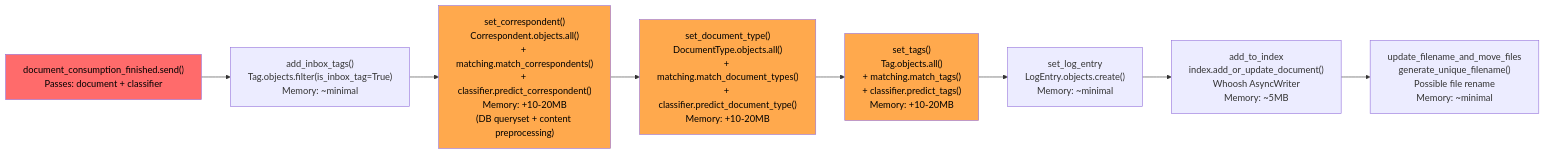
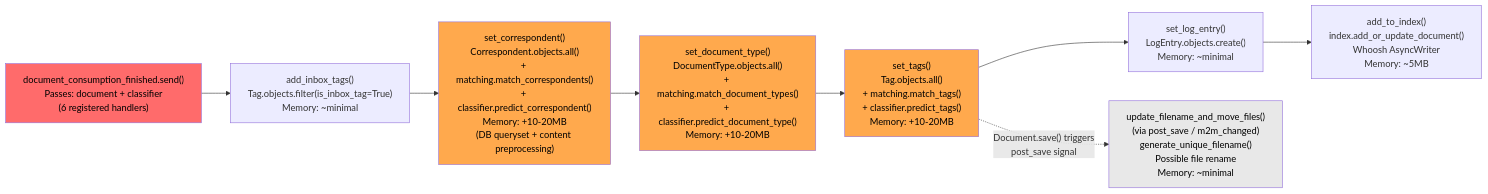
Before and after one commit to blitzy-research/paperless-ngx: the third of 4 diagrams in blitzy/documentation/paperless-ngx_542221a38dff.md, drawn with Mermaid. The commit also changed other lines of this file, not shown here.

````diff
--- a/blitzy/documentation/paperless-ngx_542221a38dff.md
+++ b/blitzy/documentation/paperless-ngx_542221a38dff.md
@@ -1054,15 +1123,17 @@
 ```mermaid
 flowchart LR
-    A["document_consumption_finished.send()<br/>Passes: document + classifier"] --> B["add_inbox_tags()<br/>Tag.objects.filter(is_inbox_tag=True)<br/>Memory: ~minimal"]
+    A["document_consumption_finished.send()<br/>Passes: document + classifier<br/>(6 registered handlers)"] --> B["add_inbox_tags()<br/>Tag.objects.filter(is_inbox_tag=True)<br/>Memory: ~minimal"]
     B --> C["set_correspondent()<br/>Correspondent.objects.all()<br/>+ matching.match_correspondents()<br/>+ classifier.predict_correspondent()<br/>Memory: +10-20MB<br/>(DB queryset + content preprocessing)"]
     C --> D["set_document_type()<br/>DocumentType.objects.all()<br/>+ matching.match_document_types()<br/>+ classifier.predict_document_type()<br/>Memory: +10-20MB"]
     D --> E["set_tags()<br/>Tag.objects.all()<br/>+ matching.match_tags()<br/>+ classifier.predict_tags()<br/>Memory: +10-20MB"]
-    E --> F["set_log_entry<br/>LogEntry.objects.create()<br/>Memory: ~minimal"]
-    F --> G["add_to_index<br/>index.add_or_update_document()<br/>Whoosh AsyncWriter<br/>Memory: ~5MB"]
-    G --> H["update_filename_and_move_files<br/>generate_unique_filename()<br/>Possible file rename<br/>Memory: ~minimal"]
+    E --> F["set_log_entry()<br/>LogEntry.objects.create()<br/>Memory: ~minimal"]
+    F --> G["add_to_index()<br/>index.add_or_update_document()<br/>Whoosh AsyncWriter<br/>Memory: ~5MB"]
+
+    E -.->|"Document.save() triggers<br/>post_save signal"| H["update_filename_and_move_files()<br/>(via post_save / m2m_changed)<br/>generate_unique_filename()<br/>Possible file rename<br/>Memory: ~minimal"]
 
     style A fill:#ff6b6b,color:#000
     style C fill:#ffa94d,color:#000
     style D fill:#ffa94d,color:#000
     style E fill:#ffa94d,color:#000
+    style H fill:#e8e8e8,color:#000
 ```
````
